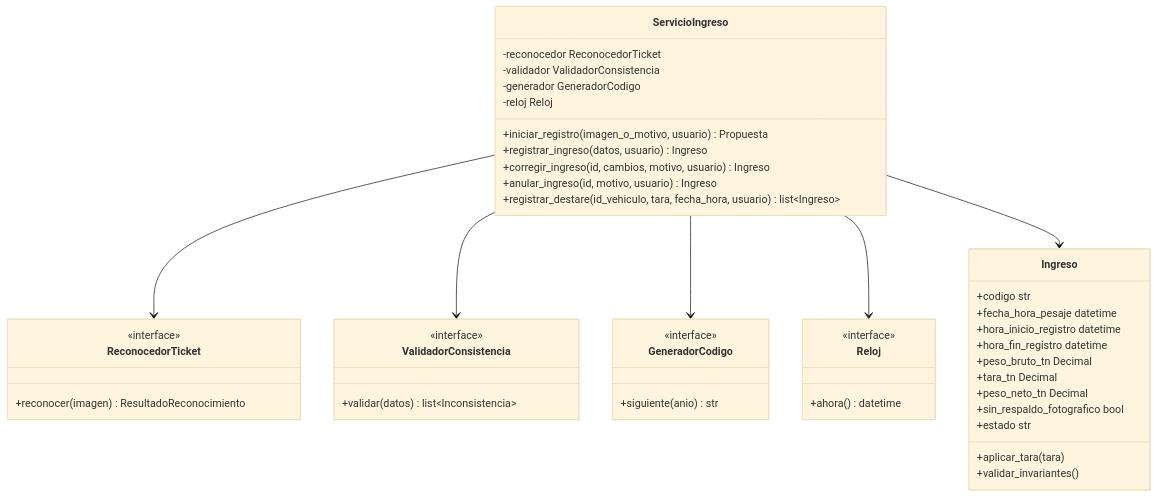
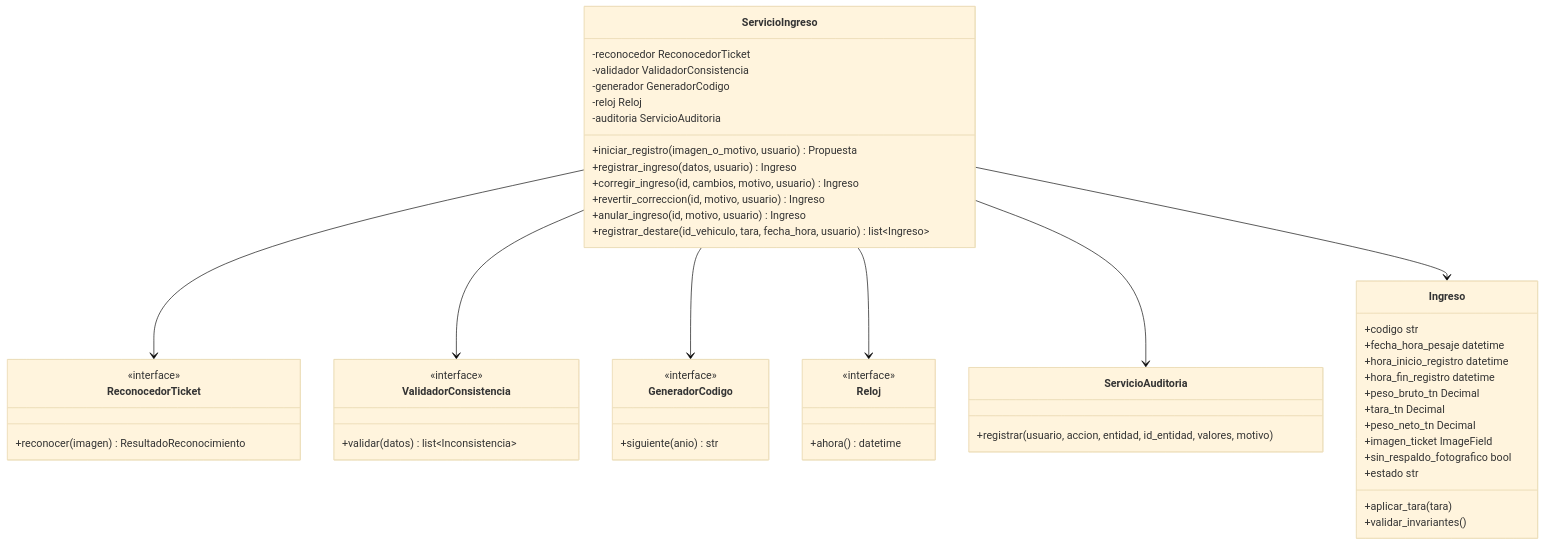
The ninth of 10 diagrams in docs/model-c4/ARQ-03_Modelo_C4.md (adlerOmonte1/LogisticaMinera), drawn with Mermaid (base theme) before and after one commit. The commit also changed other lines of this file and 32 other files, not shown here.

````diff
--- a/docs/model-c4/ARQ-03_Modelo_C4.md
+++ b/docs/model-c4/ARQ-03_Modelo_C4.md
@@ -308,49 +416,56 @@
 ```mermaid
 classDiagram
     class ReconocedorTicket {
         <<interface>>
         +reconocer(imagen) ResultadoReconocimiento
     }
     class ValidadorConsistencia {
         <<interface>>
         +validar(datos) list~Inconsistencia~
     }
     class GeneradorCodigo {
         <<interface>>
         +siguiente(anio) str
     }
     class Reloj {
         <<interface>>
         +ahora() datetime
     }
+    class ServicioAuditoria {
+        +registrar(usuario, accion, entidad, id_entidad, valores, motivo)
+    }
     class ServicioIngreso {
         -reconocedor ReconocedorTicket
         -validador ValidadorConsistencia
         -generador GeneradorCodigo
         -reloj Reloj
+        -auditoria ServicioAuditoria
         +iniciar_registro(imagen_o_motivo, usuario) Propuesta
         +registrar_ingreso(datos, usuario) Ingreso
         +corregir_ingreso(id, cambios, motivo, usuario) Ingreso
+        +revertir_correccion(id, motivo, usuario) Ingreso
         +anular_ingreso(id, motivo, usuario) Ingreso
         +registrar_destare(id_vehiculo, tara, fecha_hora, usuario) list~Ingreso~
     }
     class Ingreso {
         +codigo str
         +fecha_hora_pesaje datetime
         +hora_inicio_registro datetime
         +hora_fin_registro datetime
         +peso_bruto_tn Decimal
         +tara_tn Decimal
         +peso_neto_tn Decimal
+        +imagen_ticket ImageField
         +sin_respaldo_fotografico bool
         +estado str
         +aplicar_tara(tara)
         +validar_invariantes()
     }
 
     ServicioIngreso --> ReconocedorTicket
     ServicioIngreso --> ValidadorConsistencia
     ServicioIngreso --> GeneradorCodigo
     ServicioIngreso --> Reloj
+    ServicioIngreso --> ServicioAuditoria
     ServicioIngreso --> Ingreso
 ```
````
